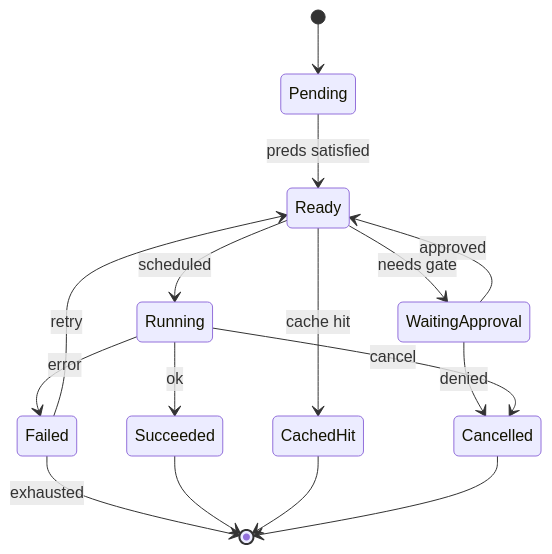
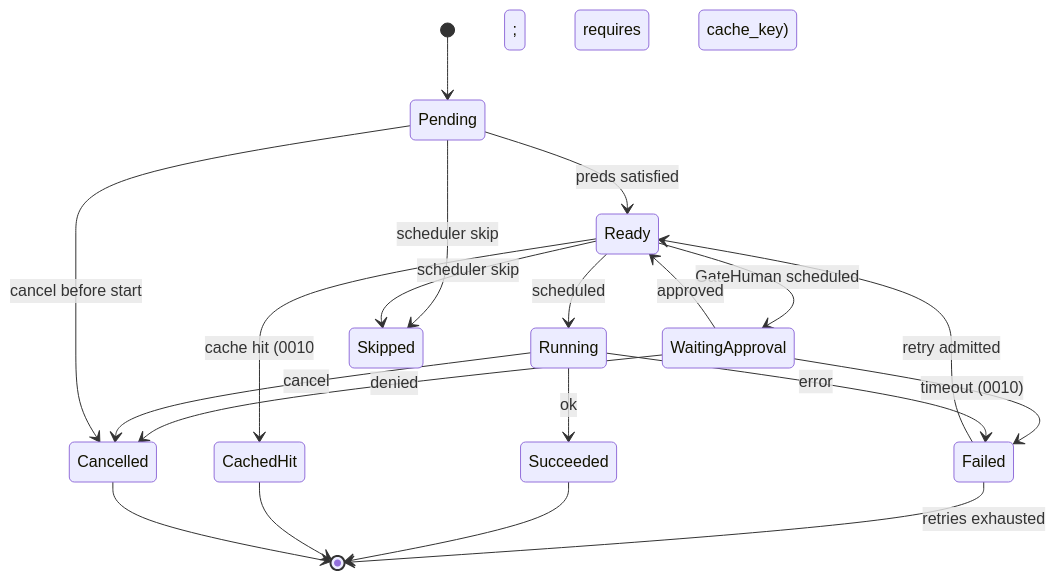
One commit to arkadianet/Alloy changed the first of 2 diagrams in docs/rfcs/RFC-0009-task-dag-templates-planner.md. Above: the diagram before and after it, drawn with Mermaid. The commit also changed other lines of this file, not shown here.

````diff
--- a/docs/rfcs/RFC-0009-task-dag-templates-planner.md
+++ b/docs/rfcs/RFC-0009-task-dag-templates-planner.md
@@ -84,18 +953,22 @@
 ```mermaid
 stateDiagram-v2
   [*] --> Pending
   Pending --> Ready: preds satisfied
-  Ready --> WaitingApproval: needs gate
+  Ready --> WaitingApproval: GateHuman scheduled
   WaitingApproval --> Ready: approved
   WaitingApproval --> Cancelled: denied
+  WaitingApproval --> Failed: timeout (0010)
   Ready --> Running: scheduled
-  Ready --> CachedHit: cache hit
+  Ready --> CachedHit: cache hit (0010; requires cache_key)
   Running --> Succeeded: ok
   Running --> Failed: error
-  Failed --> Ready: retry
-  Failed --> [*]: exhausted
+  Failed --> Ready: retry admitted
+  Failed --> [*]: retries exhausted
   Succeeded --> [*]
   CachedHit --> [*]
   Cancelled --> [*]
   Running --> Cancelled: cancel
+  Pending --> Skipped: scheduler skip
+  Ready --> Skipped: scheduler skip
+  Pending --> Cancelled: cancel before start
 ```
````
